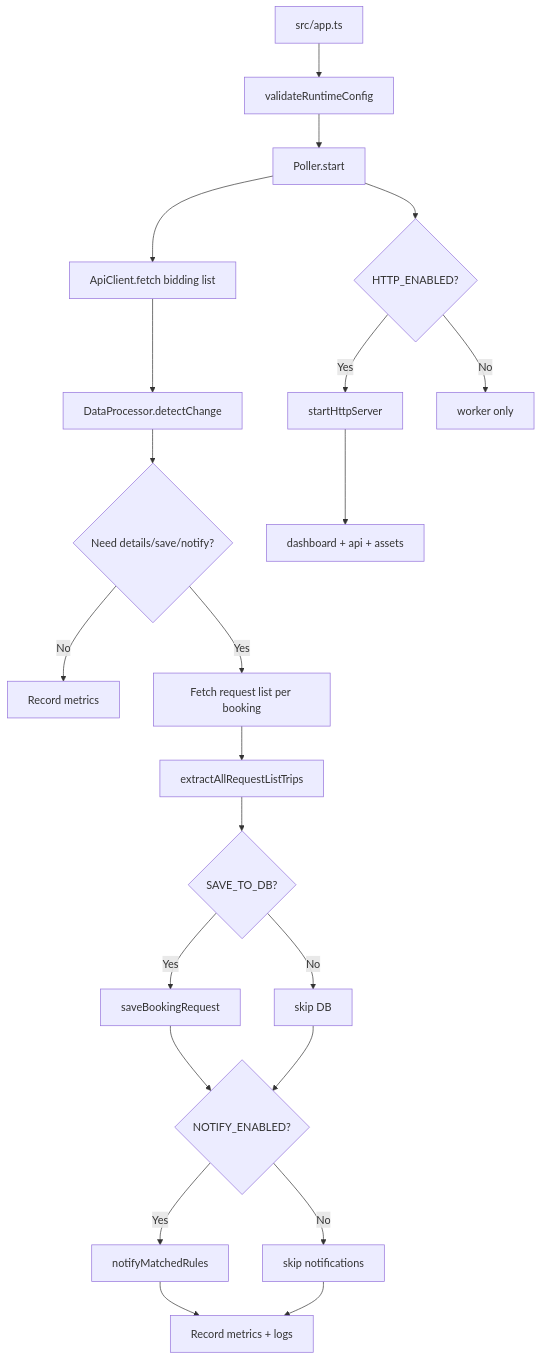
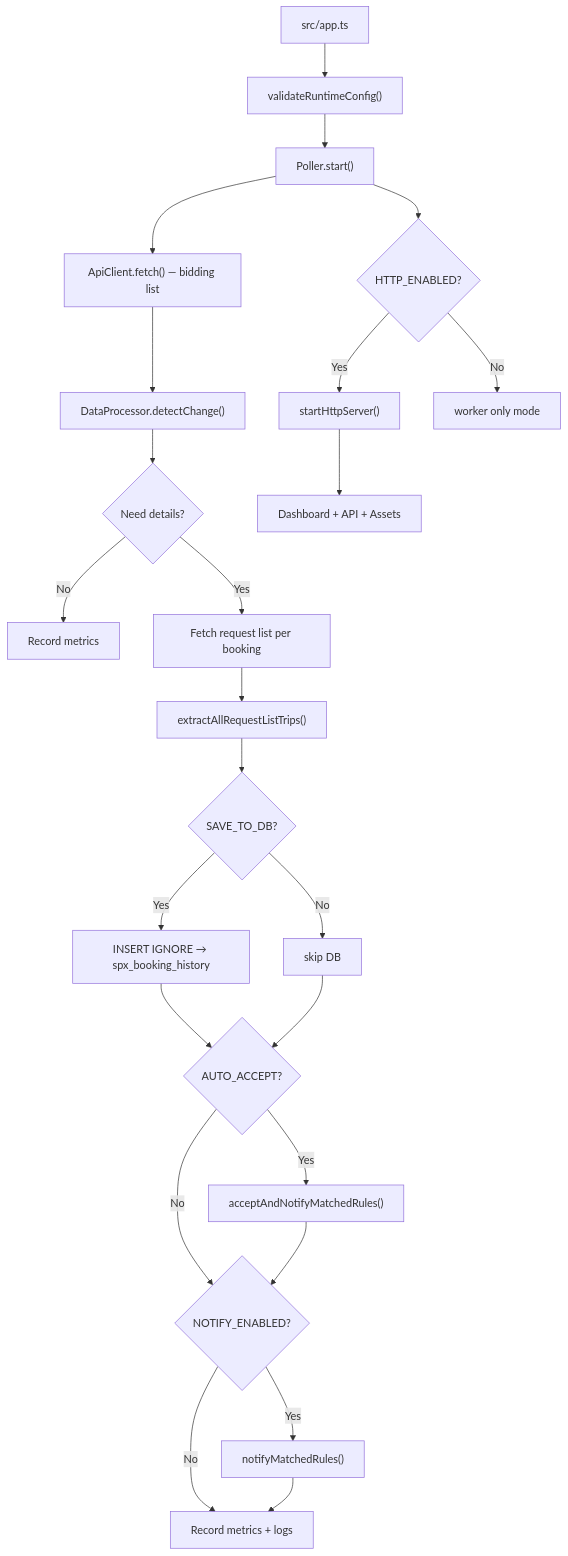
The diagram in docs/architecture.md (fastest4u/SPX), drawn with Mermaid before and after one commit. The commit also changed other lines of this file and 21 other files, not shown here.

````diff
--- a/docs/architecture.md
+++ b/docs/architecture.md
@@ -36,25 +51,27 @@
 ```mermaid
 flowchart TD
-  A[src/app.ts] --> B[validateRuntimeConfig]
-  B --> C[Poller.start]
-  C --> D[ApiClient.fetch bidding list]
-  D --> E[DataProcessor.detectChange]
-  E --> F{Need details/save/notify?}
-  F -->|No| G[Record metrics]
-  F -->|Yes| H[Fetch request list per booking]
-  H --> I[extractAllRequestListTrips]
-  I --> J{SAVE_TO_DB?}
-  J -->|Yes| K[saveBookingRequest]
-  J -->|No| L[skip DB]
-  K --> M{NOTIFY_ENABLED?}
+  A["src/app.ts"] --> B["validateRuntimeConfig()"]
+  B --> C["Poller.start()"]
+  C --> D["ApiClient.fetch() — bidding list"]
+  D --> E["DataProcessor.detectChange()"]
+  E --> F{"Need details?"}
+  F -->|No| G["Record metrics"]
+  F -->|Yes| H["Fetch request list per booking"]
+  H --> I["extractAllRequestListTrips()"]
+  I --> J{"SAVE_TO_DB?"}
+  J -->|Yes| K["INSERT IGNORE → spx_booking_history"]
+  J -->|No| L["skip DB"]
+  K --> M{"AUTO_ACCEPT?"}
   L --> M
-  M -->|Yes| N[notifyMatchedRules]
-  M -->|No| O[skip notifications]
-  N --> P[Record metrics + logs]
+  M -->|Yes| AA["acceptAndNotifyMatchedRules()"]
+  M -->|No| N{"NOTIFY_ENABLED?"}
+  AA --> N
+  N -->|Yes| O["notifyMatchedRules()"]
+  N -->|No| P["Record metrics + logs"]
   O --> P
 
-  C --> Q{HTTP_ENABLED?}
-  Q -->|Yes| R[startHttpServer]
-  Q -->|No| S[worker only]
-  R --> T[dashboard + api + assets]
+  C --> Q{"HTTP_ENABLED?"}
+  Q -->|Yes| R["startHttpServer()"]
+  Q -->|No| S["worker only mode"]
+  R --> T["Dashboard + API + Assets"]
 ```
````
